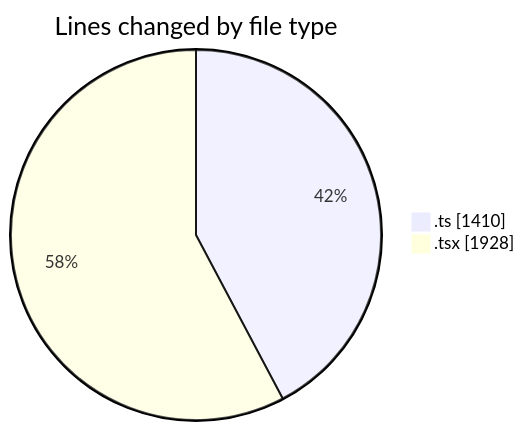
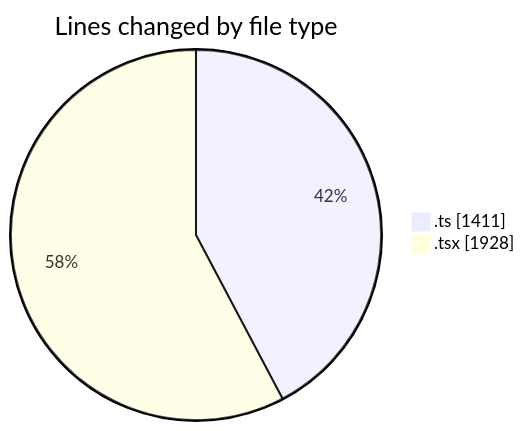
The first of 2 diagrams in 2025-07-01/cda/README.md (momahboobian/code-tracking), drawn with Mermaid before and after one commit. The commit also changed other lines of this file and 1 other file, not shown here.

````diff
--- a/2025-07-01/cda/README.md
+++ b/2025-07-01/cda/README.md
@@ -30,6 +30,6 @@
 ```mermaid
 pie showData
 title Lines changed by file type
-".ts" : 1410
+".ts" : 1411
 ".tsx" : 1928
 ```
````
